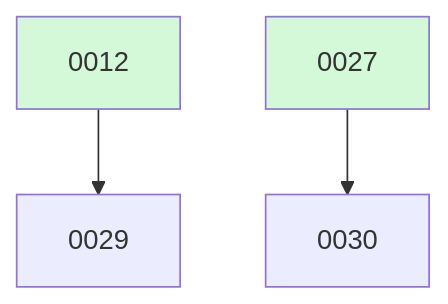
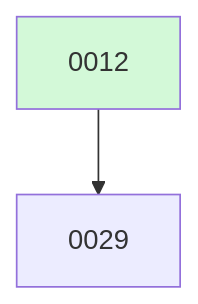
One commit to ethanhinson/fuse changed the diagram in docs/changes/BOARD.md. Above: the diagram before and after it, drawn with Mermaid. The commit also changed other lines of this file, not shown here.

````diff
--- a/docs/changes/BOARD.md
+++ b/docs/changes/BOARD.md
@@ -17,8 +11,6 @@
 ```mermaid
 graph TD
   0012 --> 0029
-  0027 --> 0030
   0012:::done
-  0027:::done
   classDef done fill:#d3f9d8;
 ```
````
